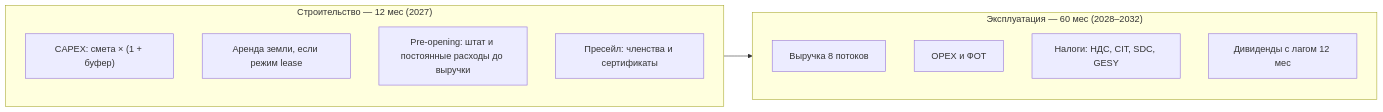
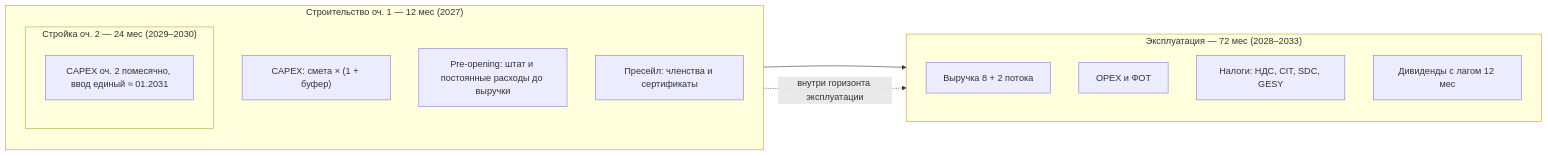
The first of 6 diagrams in src/docs/model-guide.md (ampulex-23/aura-hills-finmodel), drawn with Mermaid before and after one commit. The commit also changed other lines of this file and 20 other files, not shown here.

````diff
--- a/src/docs/model-guide.md
+++ b/src/docs/model-guide.md
@@ -24,18 +24,23 @@
 ```mermaid
 flowchart LR
-    subgraph C["Строительство — 12 мес (2027)"]
+    subgraph C["Строительство оч. 1 — 12 мес (2027)"]
       direction TB
       C1["CAPEX: смета × (1 + буфер)"]
       C2["Аренда земли, если режим lease"]
       C3["Pre-opening: штат и постоянные расходы до выручки"]
       C4["Пресейл: членства и сертификаты"]
     end
-    subgraph O["Эксплуатация — 60 мес (2028–2032)"]
+    subgraph O["Эксплуатация — 72 мес (2028–2033)"]
       direction TB
-      O1["Выручка 8 потоков"]
+      O1["Выручка 8 + 2 потока"]
       O2["OPEX и ФОТ"]
       O3["Налоги: НДС, CIT, SDC, GESY"]
       O4["Дивиденды с лагом 12 мес"]
     end
+    subgraph C2["Стройка оч. 2 — 24 мес (2029–2030)"]
+      direction TB
+      P2["CAPEX оч. 2 помесячно, ввод единый ≈ 01.2031"]
+    end
     C --> O
+    C2 -.->|"внутри горизонта эксплуатации"| O
 ```
````
